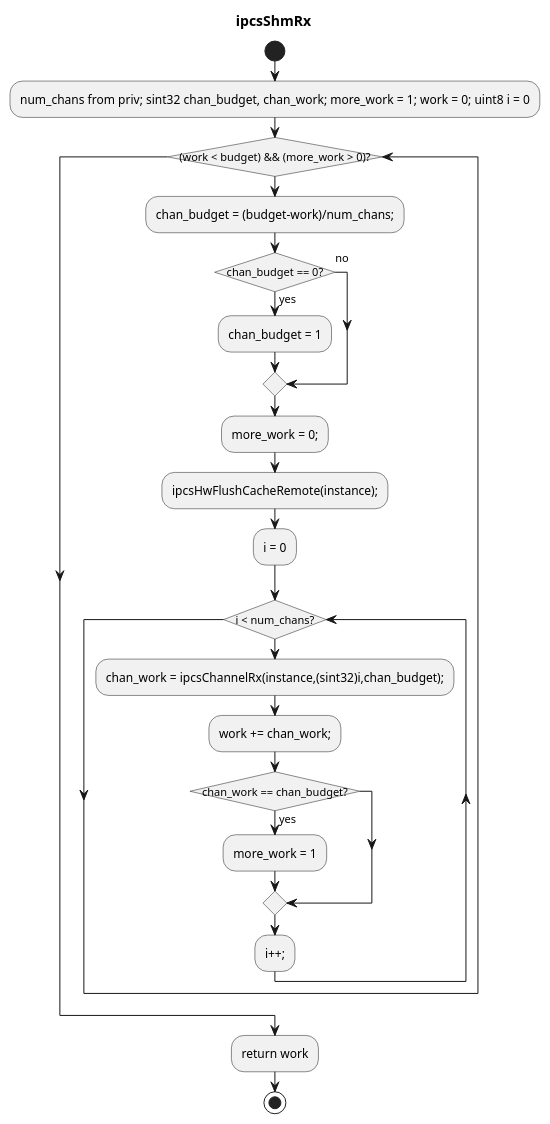
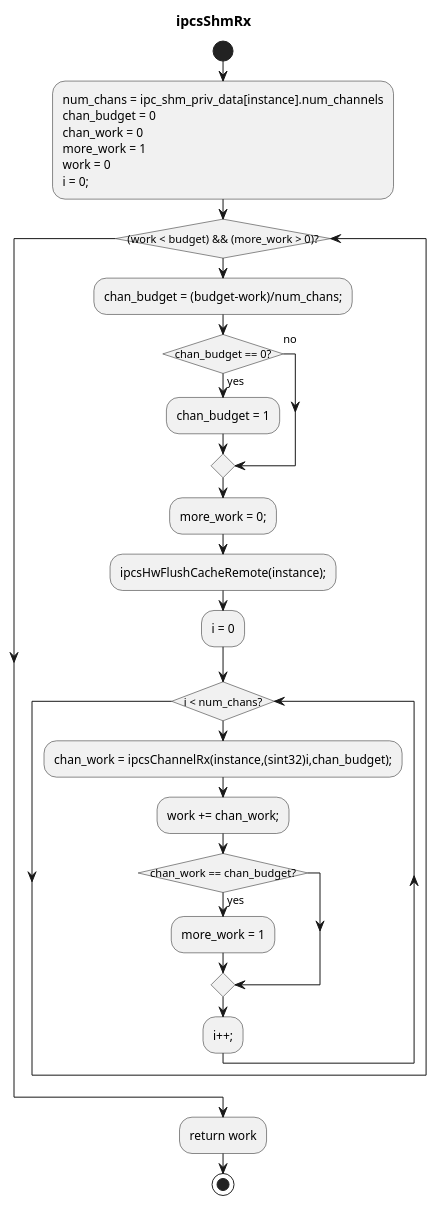
The diagram in c1_sdd_linux-ipcs/cursor_tmp/flow_umls/3_4_13.puml (Mastang1/sad_sdd_proj), drawn with PlantUML before and after one commit. The commit also changed 136 other files, not shown here.

```diff
--- a/c1_sdd_linux-ipcs/cursor_tmp/flow_umls/3_4_13.puml
+++ b/c1_sdd_linux-ipcs/cursor_tmp/flow_umls/3_4_13.puml
@@ -1,28 +1,33 @@
 @startuml
 !pragma layout smetana
 skinparam conditionStyle insideDiamond
 skinparam linetype ortho
 title ipcsShmRx
 start
-:num_chans from priv; sint32 chan_budget, chan_work; more_work = 1; work = 0; uint8 i = 0;
-while ((work < budget) && (more_work > 0)?)
-  :chan_budget = (budget-work)/num_chans;;
-  if (chan_budget == 0?) then (yes)
-    :chan_budget = 1;
-  else (no)
-  endif
-  :more_work = 0;;
-  :ipcsHwFlushCacheRemote(instance);;
-  :i = 0;
-  while (i < num_chans?)
-    :chan_work = ipcsChannelRx(instance,(sint32)i,chan_budget);;
-    :work += chan_work;;
-    if (chan_work == chan_budget?) then (yes)
-      :more_work = 1;
-    endif
-    :i++;;
-  endwhile
-endwhile
-:return work;
-stop
+        :num_chans = ipc_shm_priv_data[instance].num_channels
+chan_budget = 0
+chan_work = 0
+more_work = 1
+work = 0
+i = 0;;
+        while ((work < budget) && (more_work > 0)?)
+          :chan_budget = (budget-work)/num_chans;;
+          if (chan_budget == 0?) then (yes)
+            :chan_budget = 1;
+          else (no)
+          endif
+          :more_work = 0;;
+          :ipcsHwFlushCacheRemote(instance);;
+          :i = 0;
+          while (i < num_chans?)
+            :chan_work = ipcsChannelRx(instance,(sint32)i,chan_budget);;
+            :work += chan_work;;
+            if (chan_work == chan_budget?) then (yes)
+              :more_work = 1;
+            endif
+            :i++;;
+          endwhile
+        endwhile
+        :return work;
+        stop
 @enduml
```
